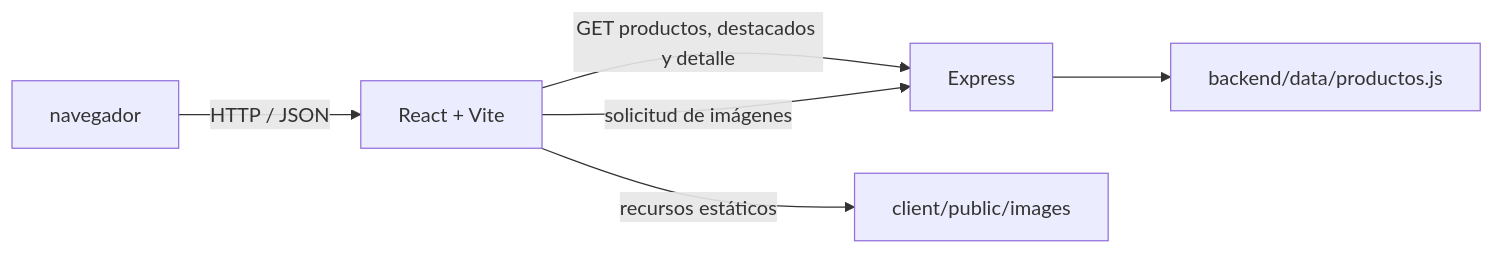
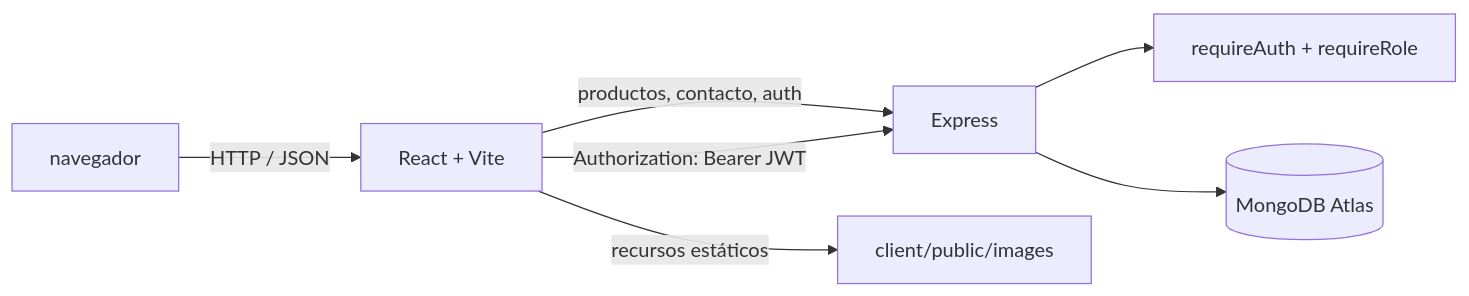
The diagram in README.md (GonzaBauer/TrastiendaMuebleriaHermanosJota), drawn with Mermaid before and after one commit. The commit also changed other lines of this file, not shown here.

````diff
--- a/README.md
+++ b/README.md
@@ -58,8 +79,9 @@
 ```mermaid
 flowchart LR
-	Browser[ navegador ] -->|HTTP / JSON| Client[React + Vite]
-	Client -->|GET productos, destacados y detalle| API[Express]
-	API --> Data[backend/data/productos.js]
-	Client -->|solicitud de imágenes| API
+	Browser[navegador] -->|HTTP / JSON| Client[React + Vite]
+	Client -->|productos, contacto, auth| API[Express]
+	Client -->|Authorization: Bearer JWT| API
+	API --> Auth[requireAuth + requireRole]
+	API --> DB[(MongoDB Atlas)]
 	Client -->|recursos estáticos| Public[client/public/images]
 ```
````
